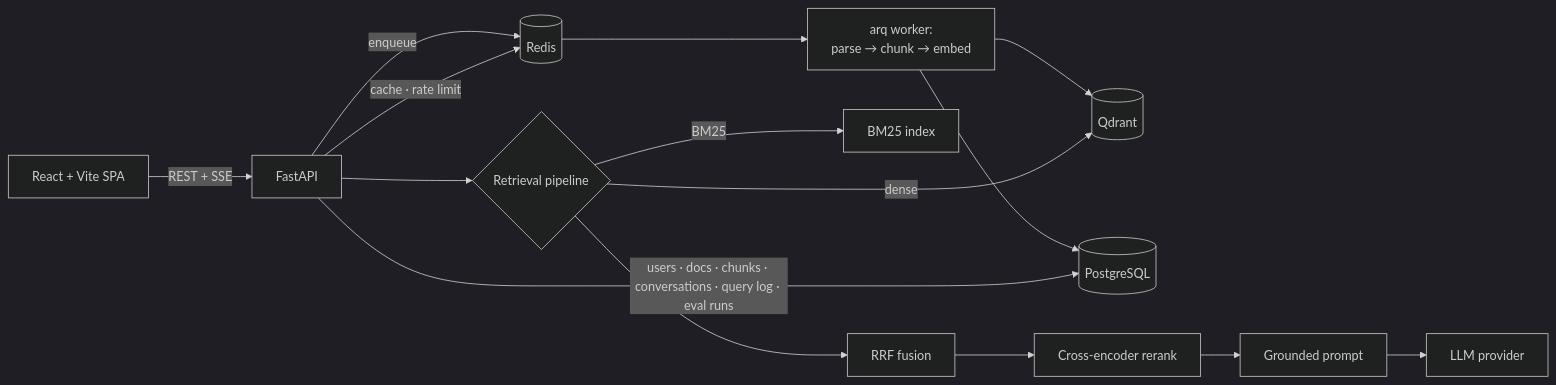
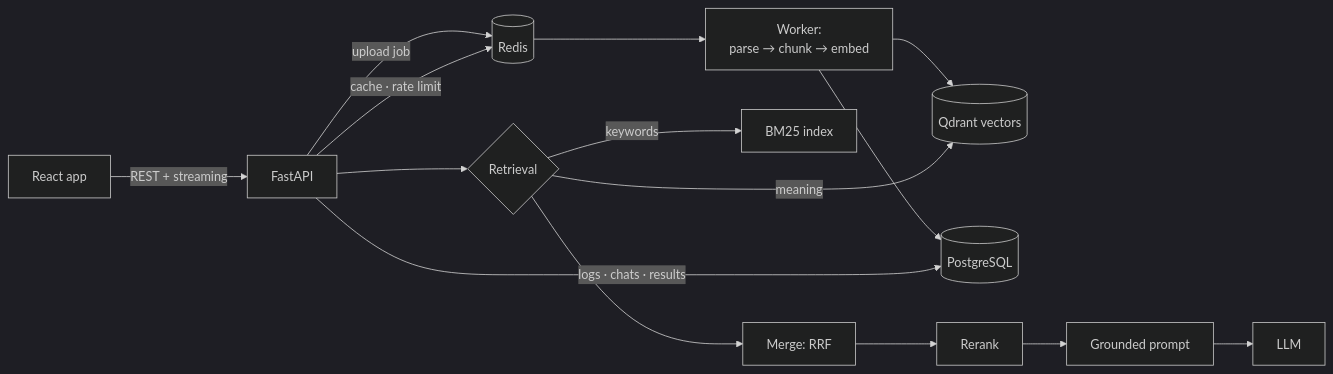
One commit to Manoharreddi2/RAG_Advance changed the diagram in README.md. Above: the diagram before and after it, drawn with Mermaid (dark theme). The commit also changed other lines of this file and 2 other files, not shown here.

````diff
--- a/README.md
+++ b/README.md
@@ -78,14 +194,14 @@
 ```mermaid
 flowchart LR
-  UI[React + Vite SPA] -->|REST + SSE| API[FastAPI]
-  API -->|enqueue| Q[(Redis)]
-  Q --> W[arq worker:<br/>parse → chunk → embed]
-  W --> QD[(Qdrant)]
+  UI[React app] -->|REST + streaming| API[FastAPI]
+  API -->|upload job| Q[(Redis)]
+  Q --> W[Worker:<br/>parse → chunk → embed]
+  W --> QD[(Qdrant vectors)]
   W --> PG[(PostgreSQL)]
-  API --> R{Retrieval pipeline}
-  R -->|dense| QD
-  R -->|BM25| B[BM25 index]
-  R --> F[RRF fusion] --> X[Cross-encoder rerank] --> G[Grounded prompt] --> L[LLM provider]
+  API --> R{Retrieval}
+  R -->|meaning| QD
+  R -->|keywords| B[BM25 index]
+  R --> F[Merge: RRF] --> X[Rerank] --> G[Grounded prompt] --> L[LLM]
   API -->|cache · rate limit| Q
-  API -->|users · docs · chunks · conversations · query log · eval runs| PG
+  API -->|logs · chats · results| PG
 ```
````
